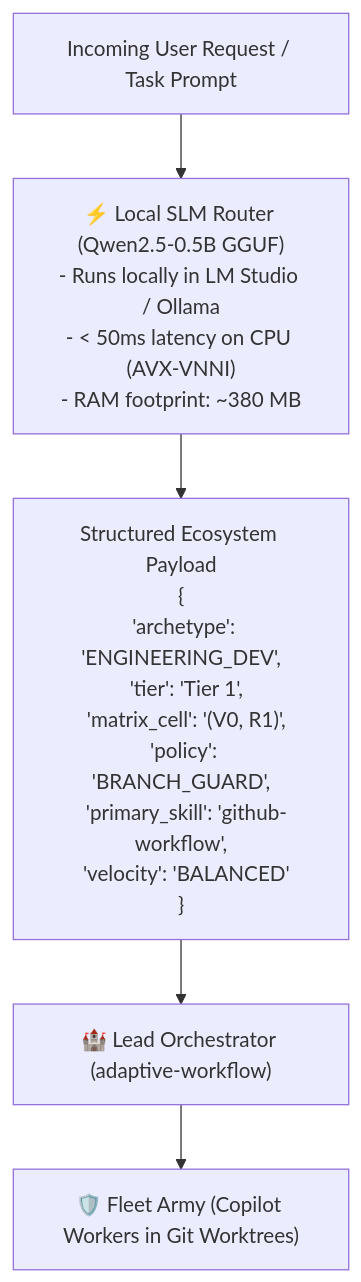
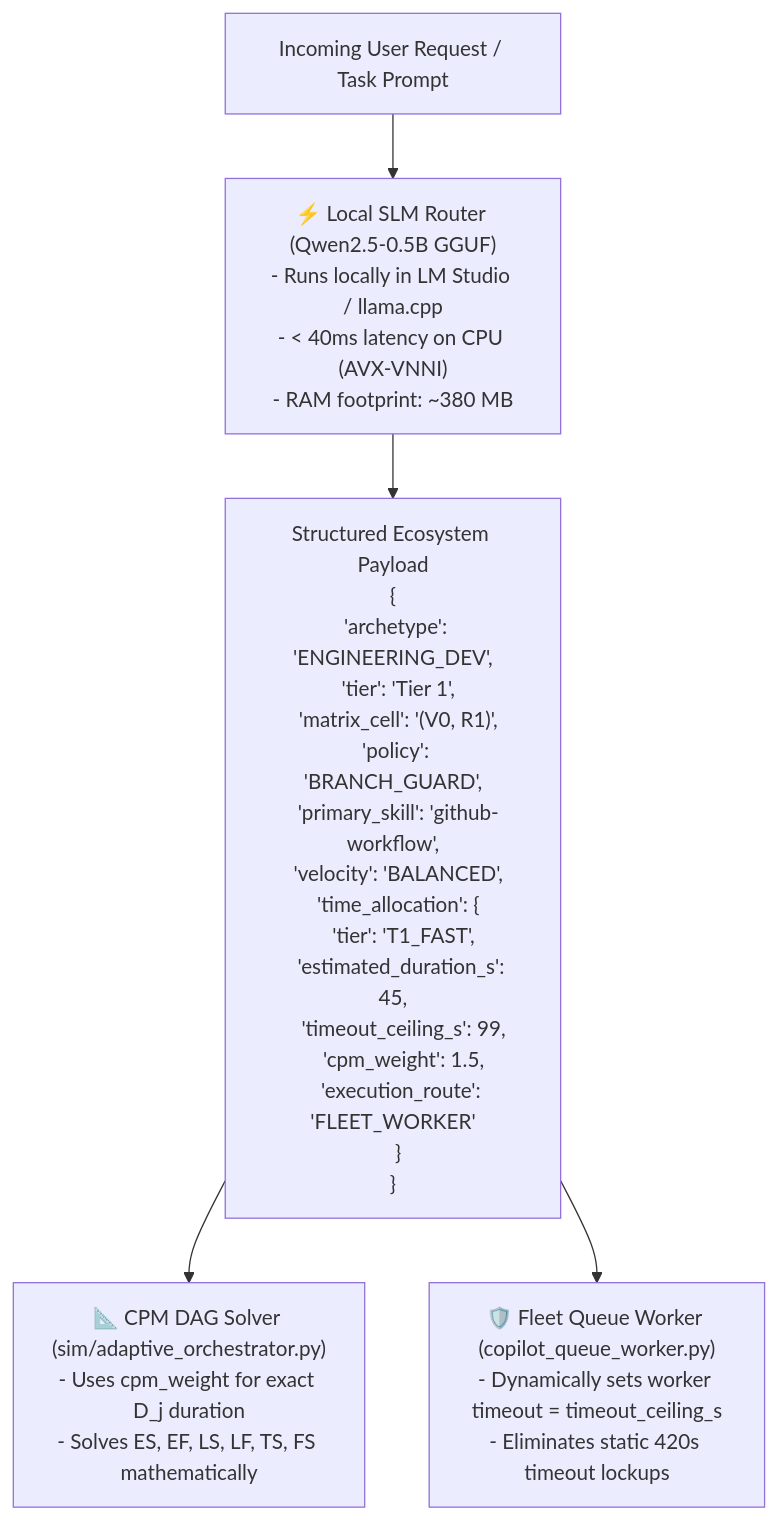
One commit to AaradhyaDT/Fleet-Orchestrator changed the diagram in .agents/skills/slm-router-forge/SKILL.md. Above: the diagram before and after it, drawn with Mermaid. The commit also changed other lines of this file, not shown here.

Commit message:
docs(skill): update slm-router-forge skill with task time allocation and empirical harvesting

````diff
--- a/.agents/skills/slm-router-forge/SKILL.md
+++ b/.agents/skills/slm-router-forge/SKILL.md
@@ -17,9 +17,9 @@
 ```mermaid
 flowchart TD
-    UserPrompt["Incoming User Request / Task Prompt"] --> FastRouter["⚡ Local SLM Router (Qwen2.5-0.5B GGUF)\n- Runs locally in LM Studio / Ollama\n- < 50ms latency on CPU (AVX-VNNI)\n- RAM footprint: ~380 MB"]
+    UserPrompt["Incoming User Request / Task Prompt"] --> FastRouter["⚡ Local SLM Router (Qwen2.5-0.5B GGUF)\n- Runs locally in LM Studio / llama.cpp\n- < 40ms latency on CPU (AVX-VNNI)\n- RAM footprint: ~380 MB"]
     
-    FastRouter --> RoutingJSON["Structured Ecosystem Payload\n{\n  'archetype': 'ENGINEERING_DEV',\n  'tier': 'Tier 1',\n  'matrix_cell': '(V0, R1)',\n  'policy': 'BRANCH_GUARD',\n  'primary_skill': 'github-workflow',\n  'velocity': 'BALANCED'\n}"]
+    FastRouter --> RoutingJSON["Structured Ecosystem Payload\n{\n  'archetype': 'ENGINEERING_DEV',\n  'tier': 'Tier 1',\n  'matrix_cell': '(V0, R1)',\n  'policy': 'BRANCH_GUARD',\n  'primary_skill': 'github-workflow',\n  'velocity': 'BALANCED',\n  'time_allocation': {\n    'tier': 'T1_FAST',\n    'estimated_duration_s': 45,\n    'timeout_ceiling_s': 99,\n    'cpm_weight': 1.5,\n    'execution_route': 'FLEET_WORKER'\n  }\n}"]
     
-    RoutingJSON --> Orchestrator["🏰 Lead Orchestrator (adaptive-workflow)"]
-    Orchestrator --> FleetWorkers["🛡️ Fleet Army (Copilot Workers in Git Worktrees)"]
+    RoutingJSON --> CPMSolver["📐 CPM DAG Solver (sim/adaptive_orchestrator.py)\n- Uses cpm_weight for exact D_j duration\n- Solves ES, EF, LS, LF, TS, FS mathematically"]
+    RoutingJSON --> QueueWorker["🛡️ Fleet Queue Worker (copilot_queue_worker.py)\n- Dynamically sets worker timeout = timeout_ceiling_s\n- Eliminates static 420s timeout lockups"]
 ```
````
